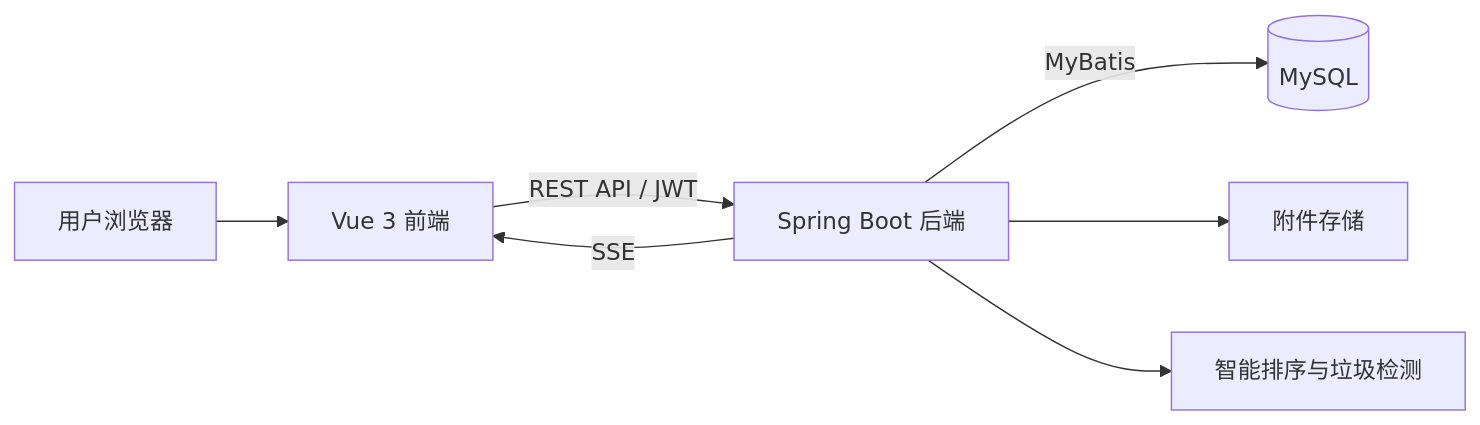
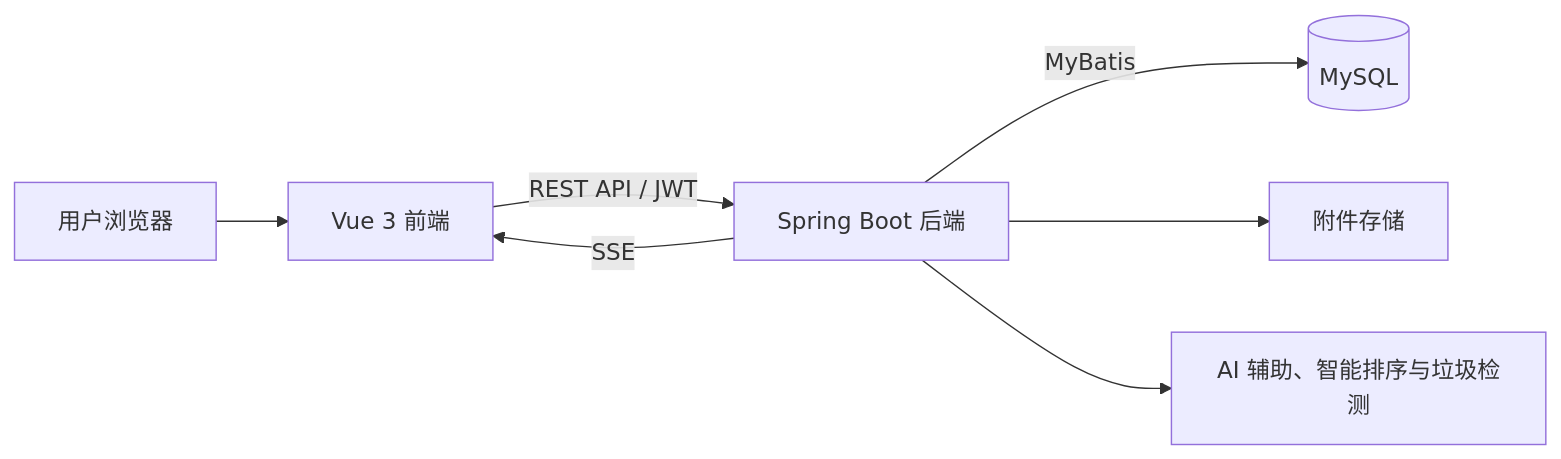
Before and after one commit to 2637992304-oss/email-system-showcase: the diagram in README.md, drawn with Mermaid. The commit also changed other lines of this file, not shown here.

````diff
--- a/README.md
+++ b/README.md
@@ -30,9 +31,9 @@
 ```mermaid
 flowchart LR
     U[用户浏览器] --> F[Vue 3 前端]
     F -->|REST API / JWT| B[Spring Boot 后端]
     B -->|MyBatis| D[(MySQL)]
     B --> A[附件存储]
-    B --> S[智能排序与垃圾检测]
+    B --> S[AI 辅助、智能排序与垃圾检测]
     B -->|SSE| F
 ```
````
